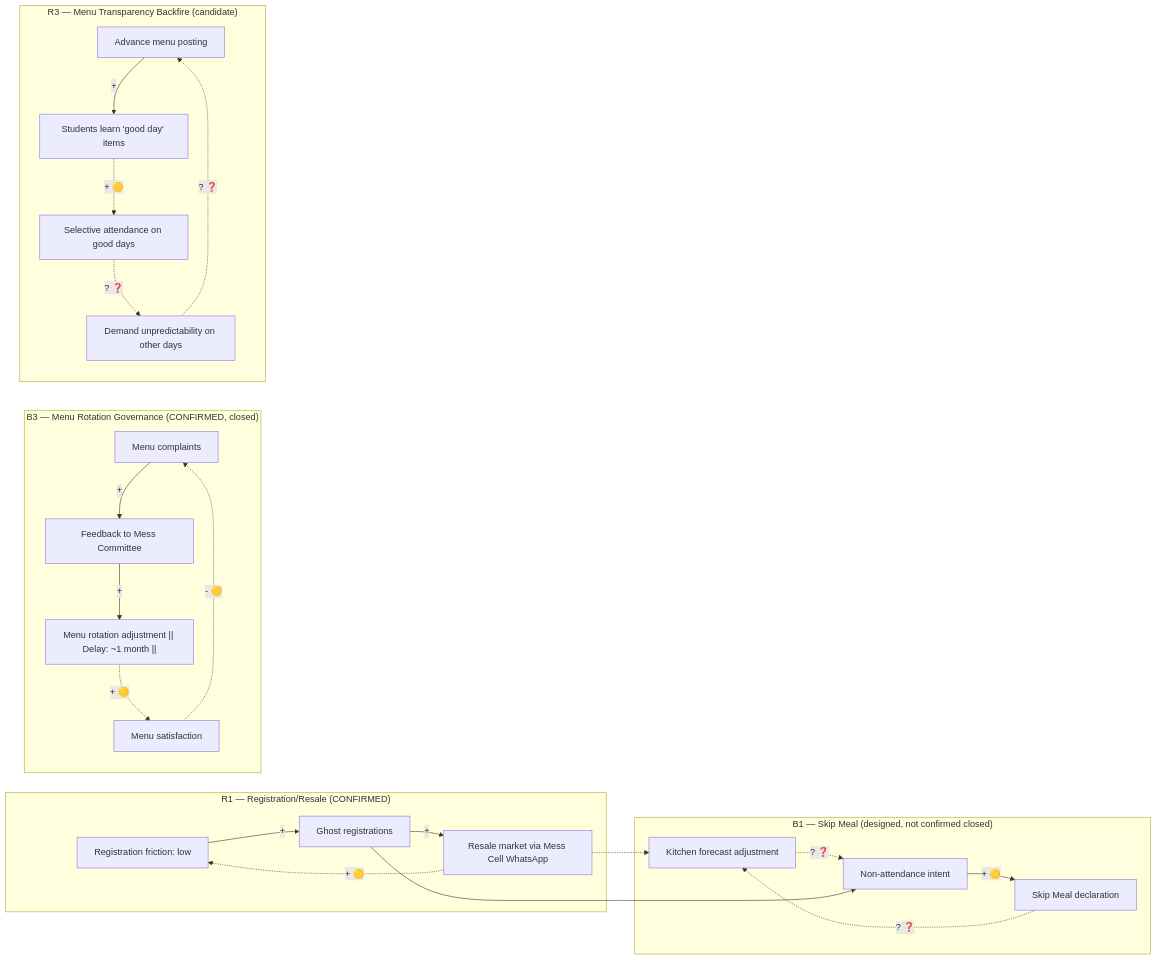
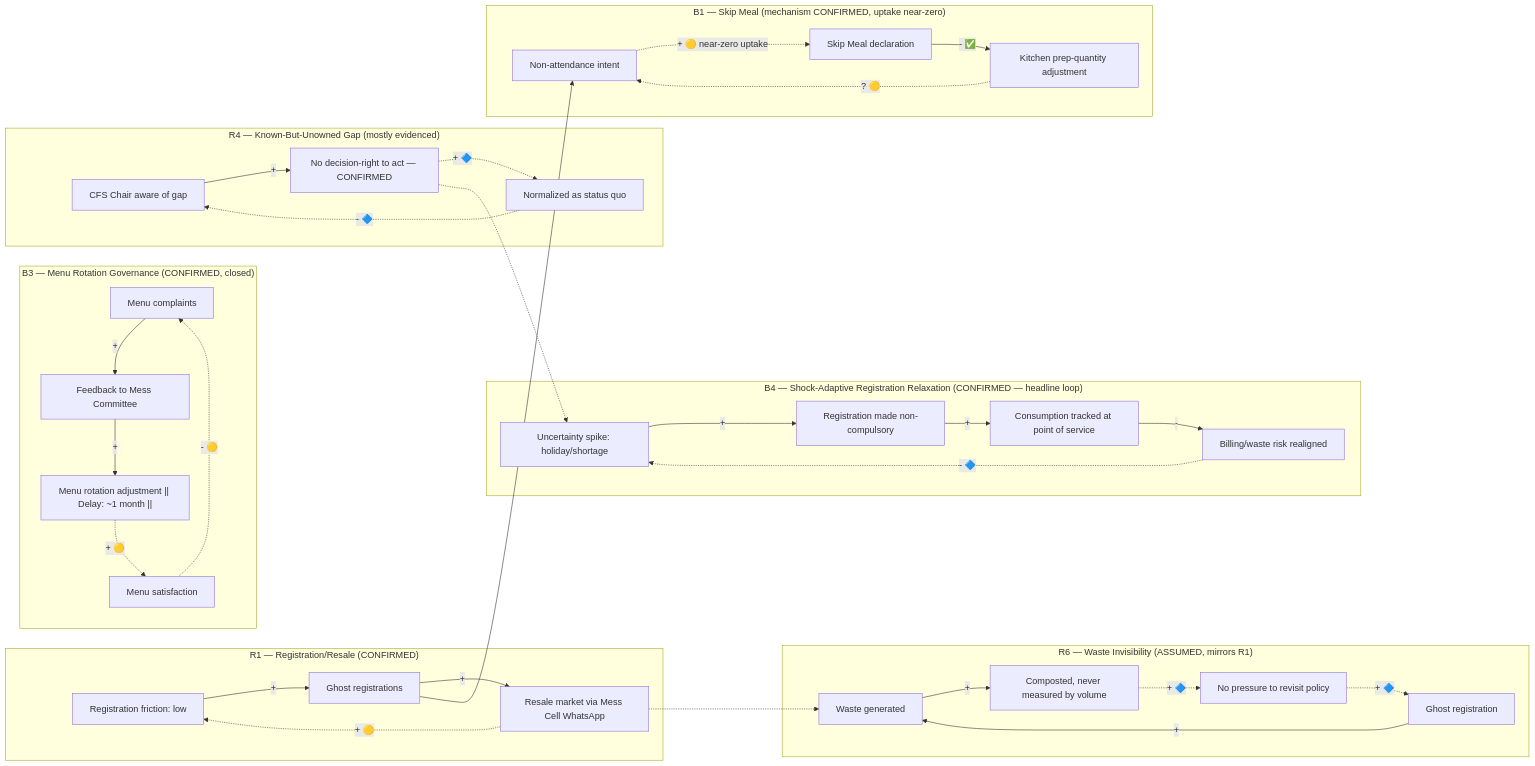
Before and after one commit to sricharanperi/breakfast-paradox-systems-thinking: the diagram in deliverables/phase-2/assets/task7/02_causal_loop_diagram.md, drawn with Mermaid. The commit also changed other lines of this file and 13 other files, not shown here.

````diff
--- a/deliverables/phase-2/assets/task7/02_causal_loop_diagram.md
+++ b/deliverables/phase-2/assets/task7/02_causal_loop_diagram.md
@@ -100,31 +270,45 @@
 ```mermaid
 flowchart LR
-    subgraph R1["R1 — Registration/Resale (CONFIRMED)"]
+    subgraph L_B4["B4 — Shock-Adaptive Registration Relaxation (CONFIRMED — headline loop)"]
+        SA[Uncertainty spike: holiday/shortage] -->|+| SB[Registration made non-compulsory]
+        SB -->|+| SC[Consumption tracked at point of service]
+        SC -->|-| SD[Billing/waste risk realigned]
+        SD -.->|"- 🔷"| SA
+    end
+
+    subgraph L_R1["R1 — Registration/Resale (CONFIRMED)"]
         A1[Registration friction: low] -->|+| B1v[Ghost registrations]
         B1v -->|+| C1[Resale market via Mess Cell WhatsApp]
         C1 -.->|"+ 🟡"| A1
     end
 
-    subgraph B3["B3 — Menu Rotation Governance (CONFIRMED, closed)"]
+    subgraph L_R6["R6 — Waste Invisibility (ASSUMED, mirrors R1)"]
+        WA[Ghost registration] -->|+| WB[Waste generated]
+        WB -->|+| WC[Composted, never measured by volume]
+        WC -.->|"+ 🔷"| WD[No pressure to revisit policy]
+        WD -.->|"+ 🔷"| WA
+    end
+
+    subgraph L_B3["B3 — Menu Rotation Governance (CONFIRMED, closed)"]
         A3[Menu complaints] -->|+| B3v[Feedback to Mess Committee]
         B3v -->|+| C3["Menu rotation adjustment || Delay: ~1 month ||"]
         C3 -.->|"+ 🟡"| D3[Menu satisfaction]
         D3 -.->|"- 🟡"| A3
     end
 
-    subgraph R3["R3 — Menu Transparency Backfire (candidate)"]
-        A4[Advance menu posting] -->|+| B4["Students learn 'good day' items"]
-        B4 -.->|"+ 🟡"| C4[Selective attendance on good days]
-        C4 -.->|"? ❓"| D4[Demand unpredictability on other days]
-        D4 -.->|"? ❓"| A4
+    subgraph L_R4["R4 — Known-But-Unowned Gap (mostly evidenced)"]
+        GA[CFS Chair aware of gap] -->|+| GB[No decision-right to act — CONFIRMED]
+        GB -.->|"+ 🔷"| GC[Normalized as status quo]
+        GC -.->|"- 🔷"| GA
     end
 
-    subgraph B1x["B1 — Skip Meal (designed, not confirmed closed)"]
-        A5[Non-attendance intent] -->|"+ 🟡"| B5[Skip Meal declaration]
-        B5 -.->|"? ❓"| C5[Kitchen forecast adjustment]
-        C5 -.->|"? ❓"| A5
+    subgraph L_B1["B1 — Skip Meal (mechanism CONFIRMED, uptake near-zero)"]
+        A5[Non-attendance intent] -.->|"+ 🟡 near-zero uptake"| B5[Skip Meal declaration]
+        B5 -->|"- ✅"| C5[Kitchen prep-quantity adjustment]
+        C5 -.->|"? 🟡"| A5
     end
 
     B1v --> A5
-    C1 -.-> C5
+    C1 -.-> WB
+    GB -.-> SA
 ```
````
